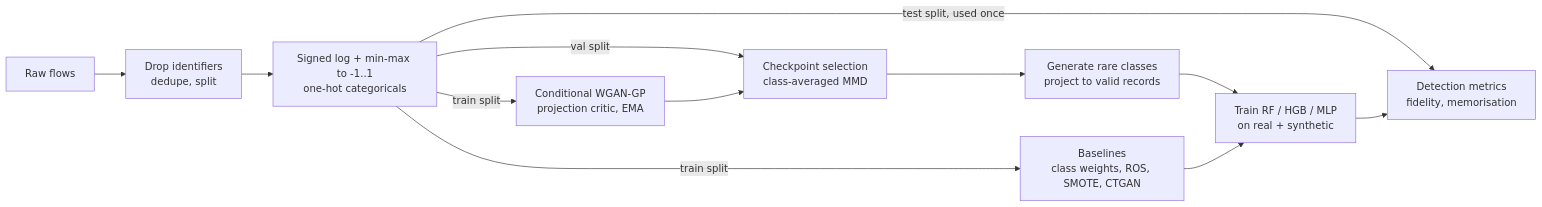
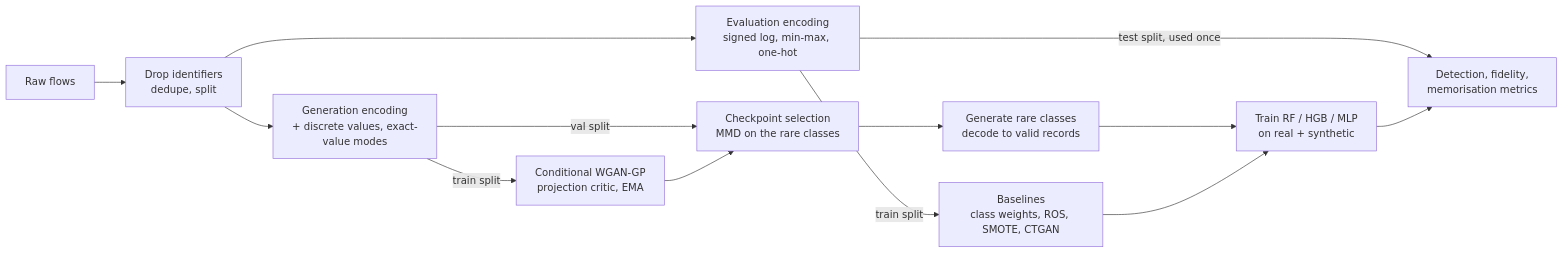
The diagram in README.md (ZackHiRo/SGAN-IDS), drawn with Mermaid before and after one commit. The commit also changed other lines of this file and 39 other files, not shown here.

````diff
--- a/README.md
+++ b/README.md
@@ -38,14 +75,15 @@
 ```mermaid
 flowchart LR
     A[Raw flows] --> B[Drop identifiers<br/>dedupe, split]
-    B --> C[Signed log + min-max to -1..1<br/>one-hot categoricals]
-    C -->|train split| D[Conditional WGAN-GP<br/>projection critic, EMA]
-    C -->|val split| E[Checkpoint selection<br/>class-averaged MMD]
+    B --> C[Evaluation encoding<br/>signed log, min-max, one-hot]
+    B --> C2[Generation encoding<br/>+ discrete values, exact-value modes]
+    C2 -->|train split| D[Conditional WGAN-GP<br/>projection critic, EMA]
+    C2 -->|val split| E[Checkpoint selection<br/>MMD on the rare classes]
     D --> E
-    E --> F[Generate rare classes<br/>project to valid records]
+    E --> F[Generate rare classes<br/>decode to valid records]
     C -->|train split| G[Baselines<br/>class weights, ROS, SMOTE, CTGAN]
     F --> H[Train RF / HGB / MLP<br/>on real + synthetic]
     G --> H
-    C -->|test split, used once| I[Detection metrics<br/>fidelity, memorisation]
+    C -->|test split, used once| I[Detection, fidelity,<br/>memorisation metrics]
     H --> I
 ```
````
